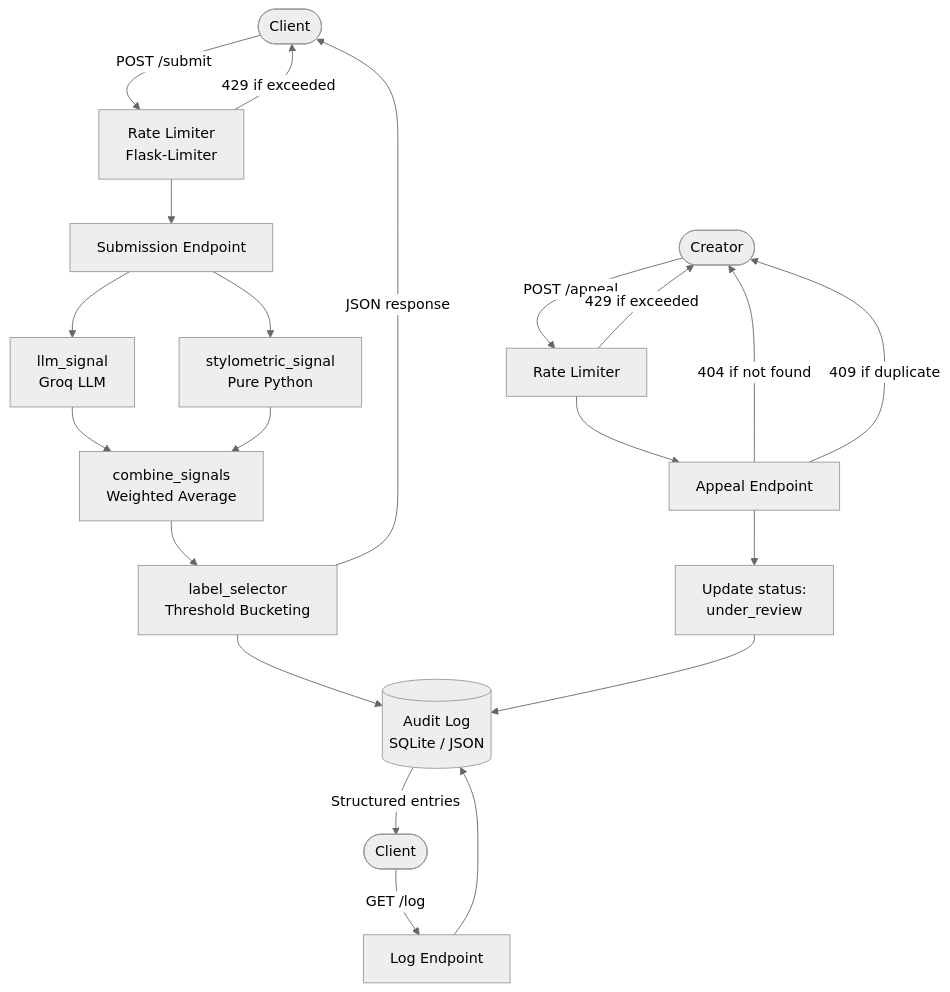
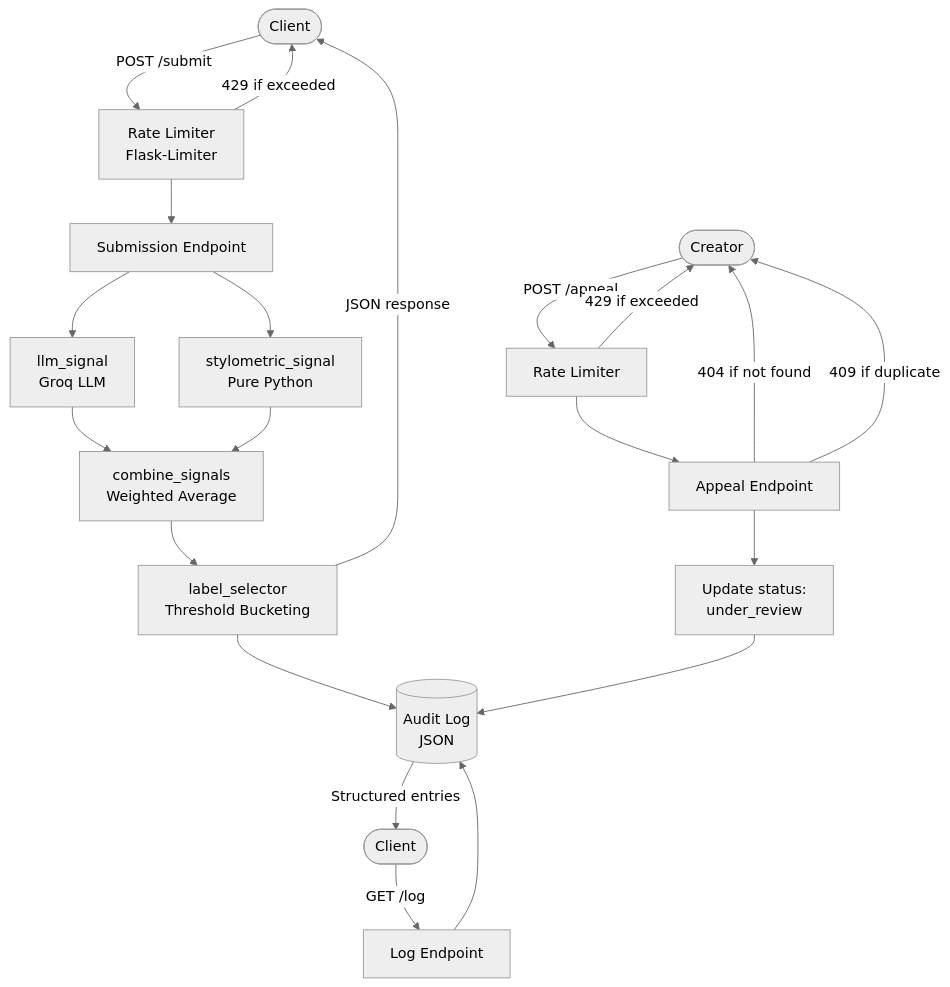
One commit to DavidRaet/ai201-project4-provenance-guard changed the diagram in planning.md. Above: the diagram before and after it, drawn with Mermaid (neutral theme). The commit also changed other lines of this file, not shown here.

````diff
--- a/planning.md
+++ b/planning.md
@@ -125,32 +125,32 @@
 ```mermaid
 flowchart TD
     A([Client]) -->|POST /submit| B[Rate Limiter
 Flask-Limiter]
     B -->|429 if exceeded| A
     B --> C[Submission Endpoint]
     C --> D[llm_signal
 Groq LLM]
     C --> E[stylometric_signal
 Pure Python]
     D --> F[combine_signals
 Weighted Average]
     E --> F
     F --> G[label_selector
 Threshold Bucketing]
     G --> H[(Audit Log
-SQLite / JSON)]
+JSON)]
     G -->|JSON response| A
 
     A2([Creator]) -->|POST /appeal| B2[Rate Limiter]
     B2 -->|429 if exceeded| A2
     B2 --> I[Appeal Endpoint]
     I -->|404 if not found| A2
     I -->|409 if duplicate| A2
     I --> J[Update status:
 under_review]
     J --> H
 
     A3([Client]) -->|GET /log| K[Log Endpoint]
     K --> H
     H -->|Structured entries| A3
 ```
````
